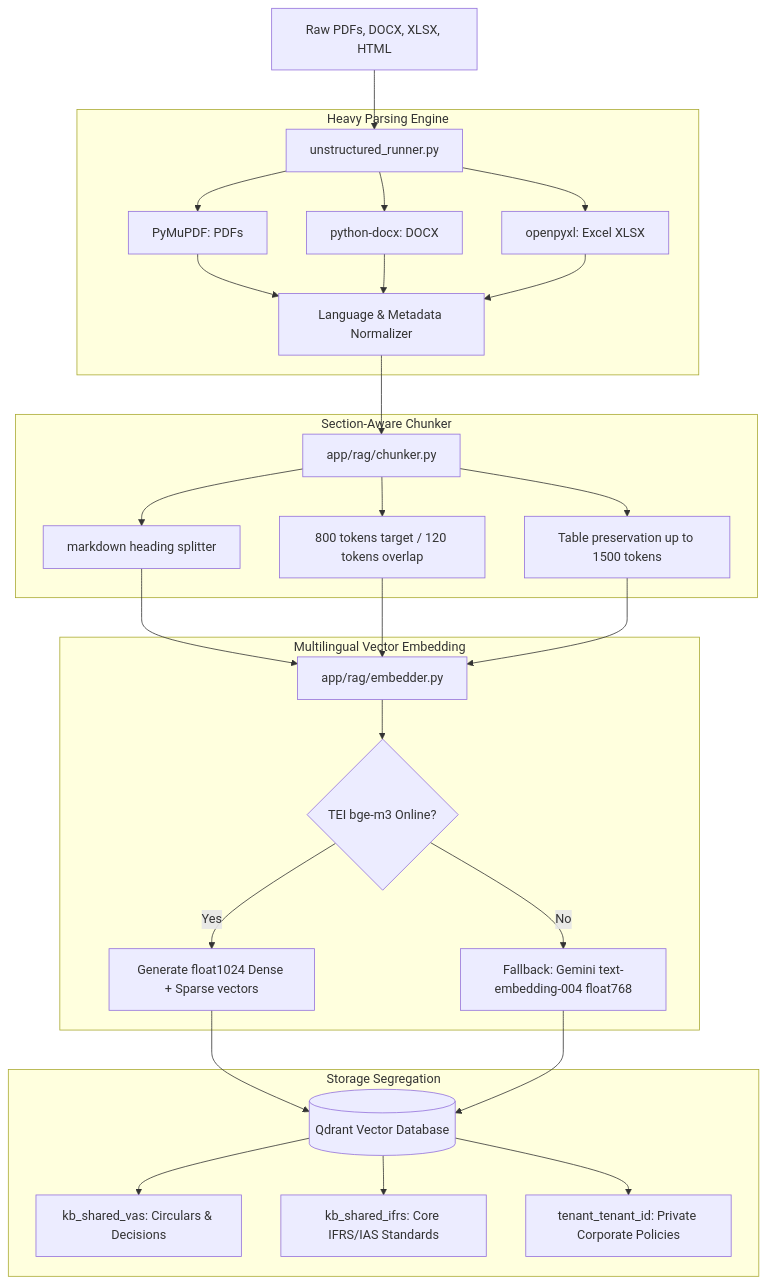
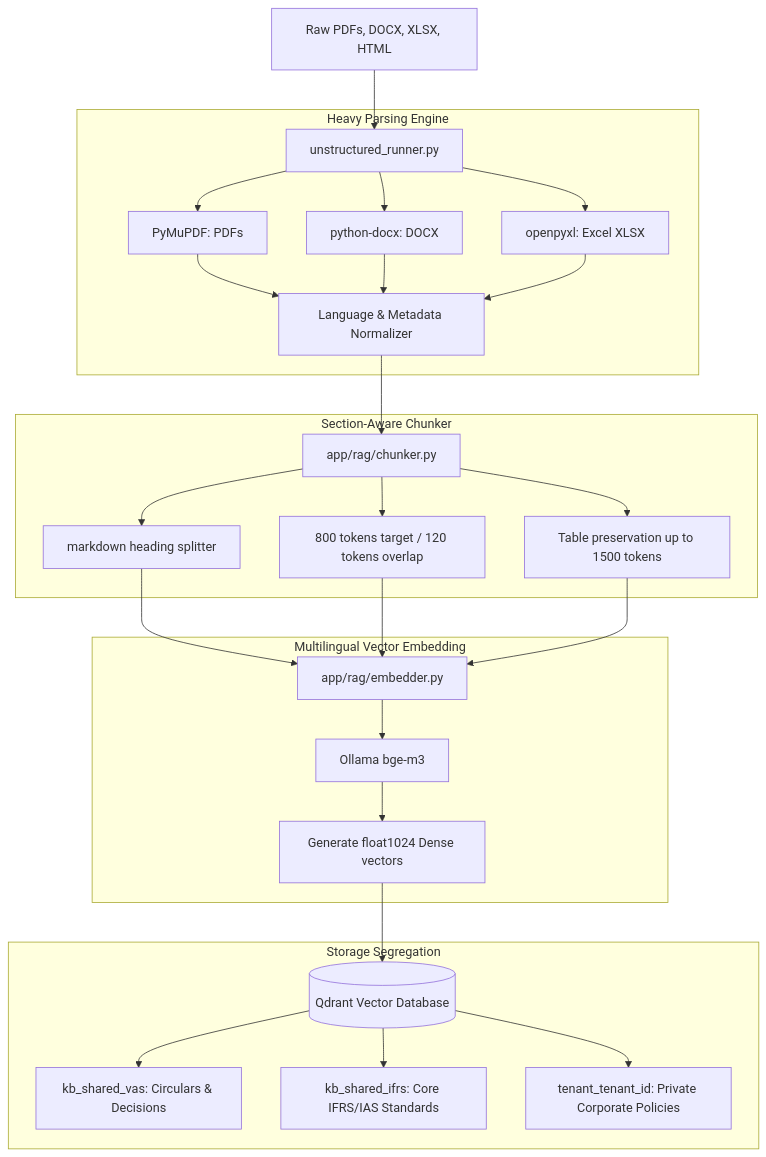
Before and after one commit to 23092003e/vas-ifrs-bridge: the second of 2 diagrams in README.md, drawn with Mermaid. The commit also changed other lines of this file and 1 other file, not shown here.

````diff
--- a/README.md
+++ b/README.md
@@ -122,28 +122,27 @@
 ```mermaid
 flowchart TD
     A[Raw PDFs, DOCX, XLSX, HTML] --> B[unstructured_runner.py]
     subgraph Heavy Parsing Engine
         B --> B1[PyMuPDF: PDFs]
         B --> B2[python-docx: DOCX]
         B --> B3[openpyxl: Excel XLSX]
         B1 & B2 & B3 --> B4[Language & Metadata Normalizer]
     end
     B4 --> C[app/rag/chunker.py]
     subgraph Section-Aware Chunker
         C --> C1[markdown heading splitter]
         C --> C2[800 tokens target / 120 tokens overlap]
         C --> C3[Table preservation up to 1500 tokens]
     end
     C1 & C2 & C3 --> D[app/rag/embedder.py]
     subgraph Multilingual Vector Embedding
-        D --> D1{TEI bge-m3 Online?}
-        D1 -- Yes --> D2[Generate float1024 Dense + Sparse vectors]
-        D1 -- No --> D3[Fallback: Gemini text-embedding-004 float768]
+        D --> D1[Ollama bge-m3]
+        D1 --> D2[Generate float1024 Dense vectors]
     end
-    D2 & D3 --> E[(Qdrant Vector Database)]
+    D2 --> E[(Qdrant Vector Database)]
     subgraph Storage Segregation
         E --> E1[kb_shared_vas: Circulars & Decisions]
         E --> E2[kb_shared_ifrs: Core IFRS/IAS Standards]
         E --> E3[tenant_tenant_id: Private Corporate Policies]
     end
 ```
````
